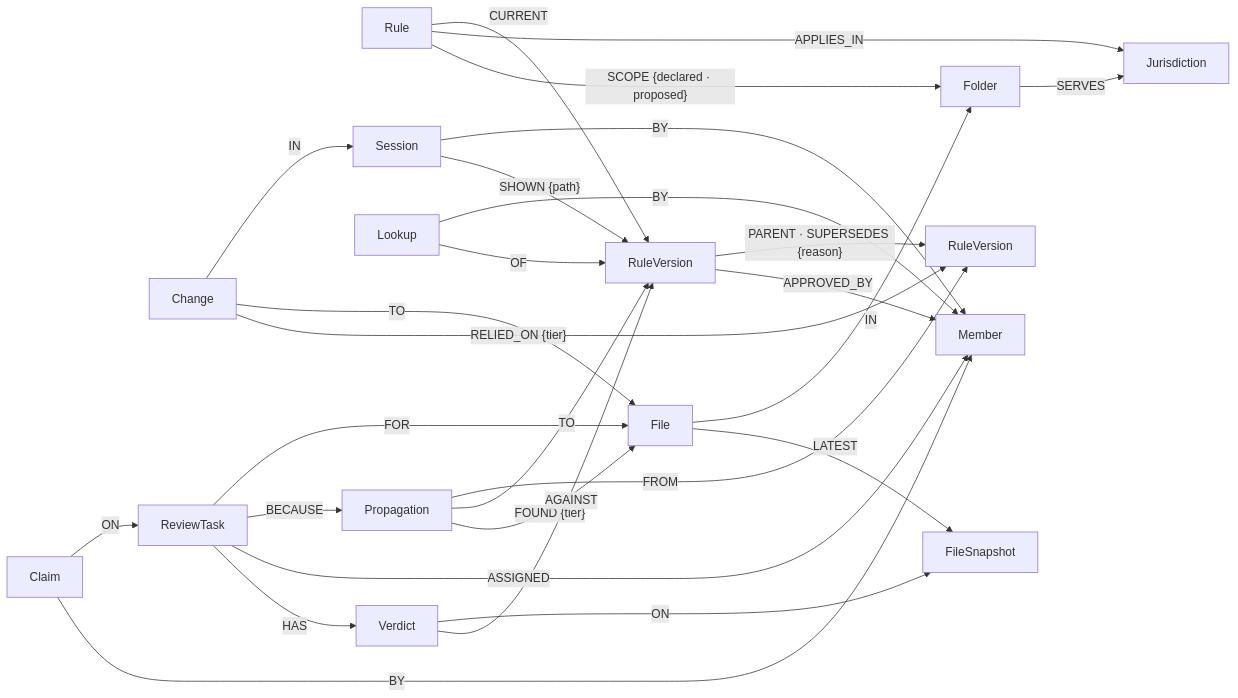
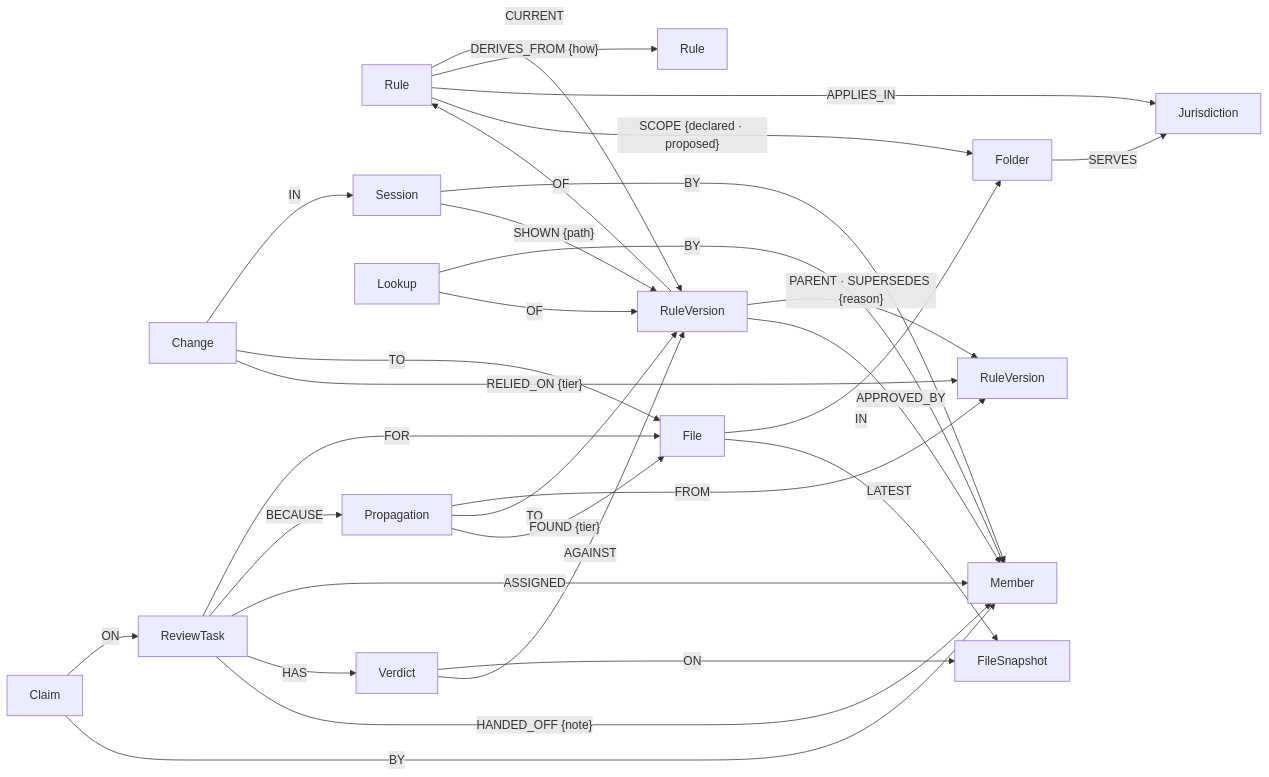
The diagram in README.md (siddheshsonawane07/premise), drawn with Mermaid before and after one commit. The commit also changed other lines of this file and 1 other file, not shown here.

First line of the commit message:
README: derived rules, graph algorithms, audit, handoff, rules import

````diff
--- a/README.md
+++ b/README.md
@@ -96,29 +114,32 @@
 ```mermaid
 flowchart LR
   Rule -- CURRENT --> RV[RuleVersion]
+  RV -- OF --> Rule
+  Rule -- "DERIVES_FROM {how}" --> Base[Rule]
   RV -- "PARENT · SUPERSEDES {reason}" --> RVold[RuleVersion]
   RV -- APPROVED_BY --> Member
   Rule -- APPLIES_IN --> Jurisdiction
   Rule -- "SCOPE {declared · proposed}" --> Folder
   Folder -- SERVES --> Jurisdiction
   File -- IN --> Folder
   Session -- BY --> Member
   Session -- "SHOWN {path}" --> RV
   Lookup -- BY --> Member
   Lookup -- OF --> RV
   Change -- IN --> Session
   Change -- TO --> File
   Change -- "RELIED_ON {tier}" --> RVold
   File -- LATEST --> FileSnapshot
   Propagation -- FROM --> RVold
   Propagation -- TO --> RV
   Propagation -- "FOUND {tier}" --> File
   ReviewTask -- FOR --> File
   ReviewTask -- BECAUSE --> Propagation
   ReviewTask -- ASSIGNED --> Member
   ReviewTask -- HAS --> Verdict
   Verdict -- ON --> FileSnapshot
   Verdict -- AGAINST --> RV
+  ReviewTask -- "HANDED_OFF {note}" --> Member
   Claim -- ON --> ReviewTask
   Claim -- BY --> Member
 ```
````
